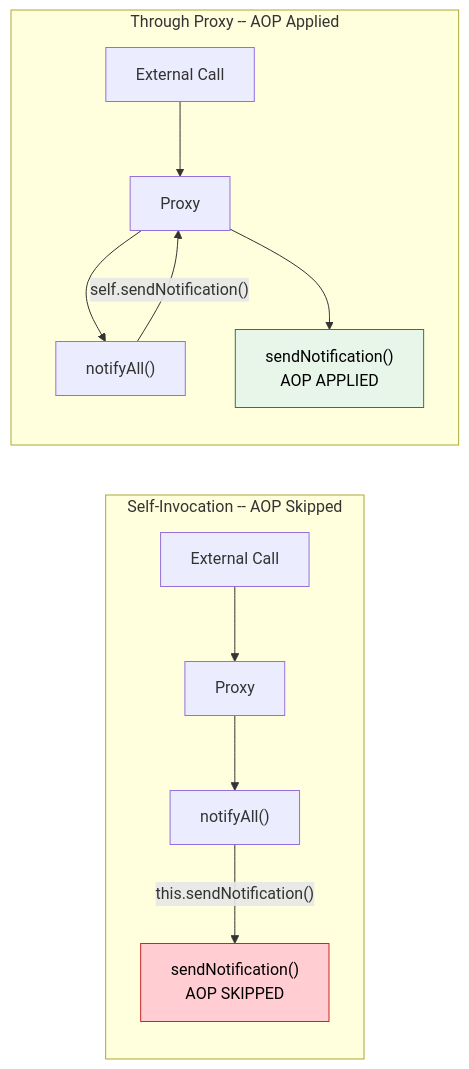
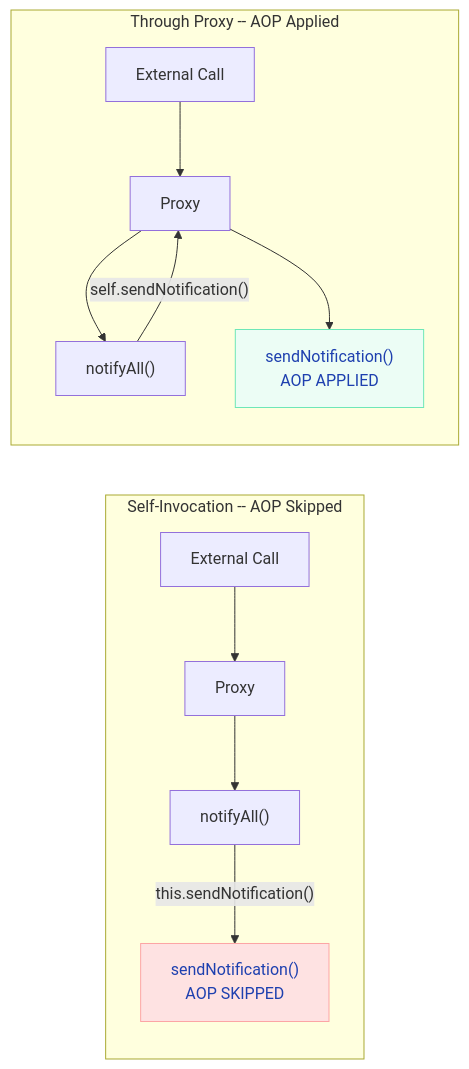
The fifth of 6 diagrams in docs/springboot/aop.md (saivamsikaruturi/vamsilabs-dev-notes-main), drawn with Mermaid before and after one commit. The commit also changed other lines of this file and 220 other files, not shown here.

First line of the commit message:
Add 50+ new Java/Spring Boot pages, rewrite CSS code blocks to Oracle style, fix all diagram colors

````diff
--- a/docs/springboot/aop.md
+++ b/docs/springboot/aop.md
@@ -532,16 +532,16 @@
 ```mermaid
 flowchart LR
     subgraph Problem["Self-Invocation -- AOP Skipped"]
         E["External Call"] --> P["Proxy"] --> T["notifyAll()"]
         T -->|"this.sendNotification()"| T2["sendNotification()<br/>AOP SKIPPED"]
     end
 
     subgraph Fix["Through Proxy -- AOP Applied"]
         E2["External Call"] --> P2["Proxy"] --> T3["notifyAll()"]
         T3 -->|"self.sendNotification()"| P2
         P2 --> T4["sendNotification()<br/>AOP APPLIED"]
     end
 
-    style T2 fill:#FFCDD2,stroke:#C62828,color:#000
-    style T4 fill:#E8F5E9,stroke:#2E7D32,color:#000
+    style T2 fill:#FEE2E2,stroke:#FCA5A5,color:#1E40AF
+    style T4 fill:#ECFDF5,stroke:#6EE7B7,color:#1E40AF
 ```
````
